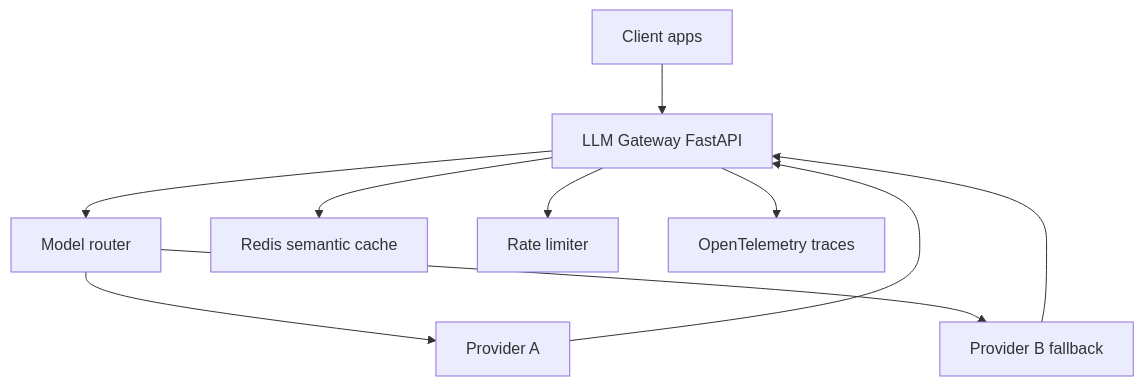
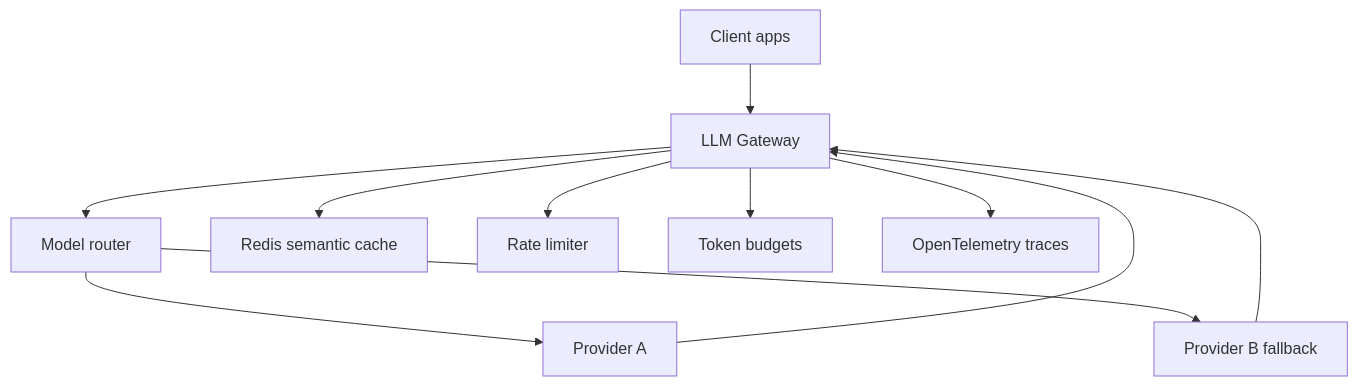
The first of 4 diagrams in AI/AI Development/modules/03-project-llm-gateway/MODULE.md (codevoks/Learning), drawn with Mermaid before and after one commit. The commit also changed other lines of this file and 89 other files, not shown here.

First line of the commit message:
Add AI Development vault: inline theory, practice stubs, and visual study flow.

````diff
--- a/AI/AI Development/modules/03-project-llm-gateway/MODULE.md
+++ b/AI/AI Development/modules/03-project-llm-gateway/MODULE.md
@@ -21,12 +20,13 @@
 ```mermaid
 flowchart TB
-    Client["Client apps"] --> GW["LLM Gateway FastAPI"]
+    Client["Client apps"] --> GW["LLM Gateway"]
     GW --> Router["Model router"]
     GW --> Cache["Redis semantic cache"]
     GW --> RL["Rate limiter"]
+    GW --> Budget["Token budgets"]
     Router --> P1["Provider A"]
     Router --> P2["Provider B fallback"]
     GW --> OTEL["OpenTelemetry traces"]
     P1 --> GW
     P2 --> GW
 ```
````
